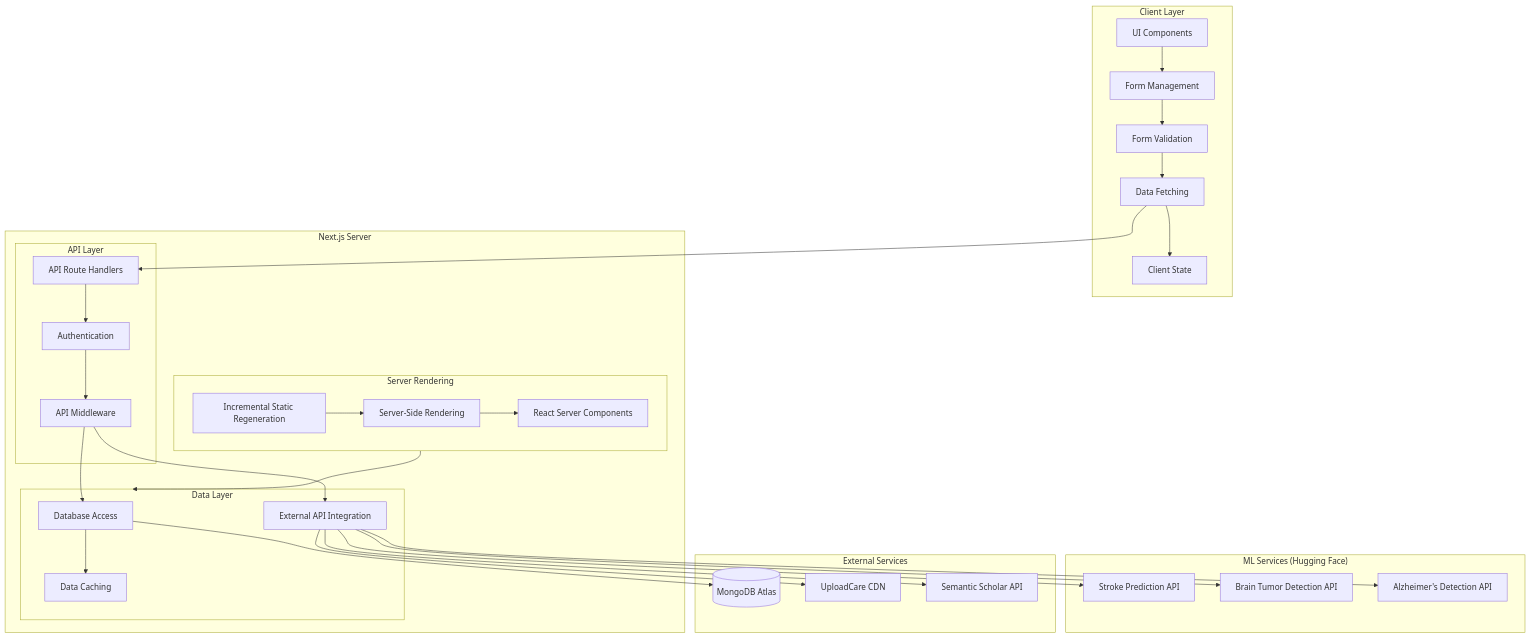
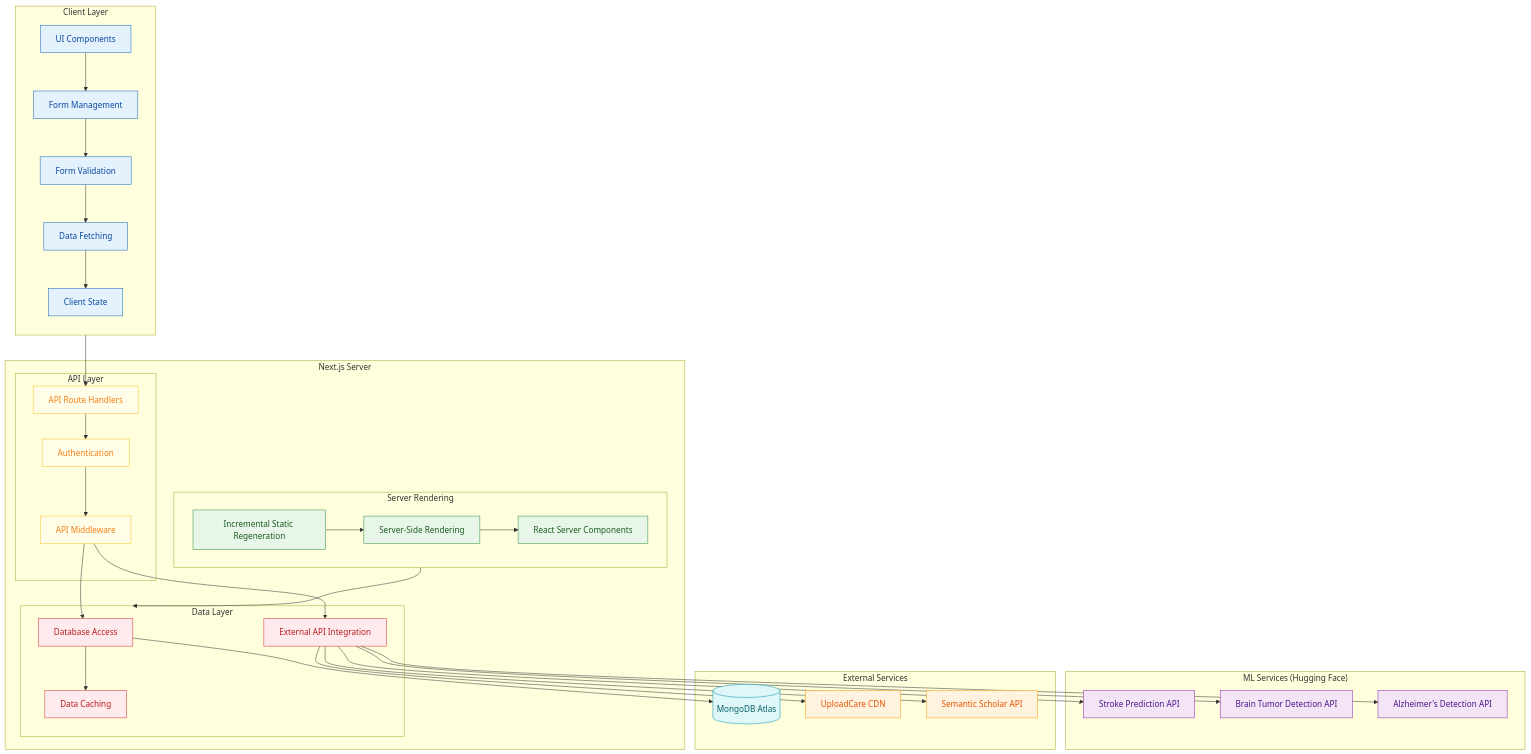
The fourth of 14 diagrams in README.md (AbdullahSaeed1211/temp), drawn with Mermaid before and after one commit. The commit also changed other lines of this file, not shown here.

````diff
--- a/README.md
+++ b/README.md
@@ -1110,67 +1110,76 @@
 ```mermaid
 flowchart TD
     subgraph Client["Client Layer"]
-        UI[UI Components]
-        Form[Form Management]
-        ClientState[Client State]
-        Validation[Form Validation]
-        ClientFetch[Data Fetching]
+        direction TB
+        UI[UI Components]:::clientNode
+        Form[Form Management]:::clientNode
+        ClientState[Client State]:::clientNode
+        Validation[Form Validation]:::clientNode
+        ClientFetch[Data Fetching]:::clientNode
     end
 
     subgraph NextServer["Next.js Server"]
         subgraph ServerRendering["Server Rendering"]
-            SSR[Server-Side Rendering]
-            RSC[React Server Components]
-            ISR[Incremental Static Regeneration]
+            SSR[Server-Side Rendering]:::renderNode
+            RSC[React Server Components]:::renderNode
+            ISR[Incremental Static Regeneration]:::renderNode
         end
         
         subgraph APILayer["API Layer"]
-            APIRoutes[API Route Handlers]
-            Authentication[Authentication]
-            Middleware[API Middleware]
+            APIRoutes[API Route Handlers]:::apiNode
+            Authentication[Authentication]:::apiNode
+            Middleware[API Middleware]:::apiNode
         end
         
         subgraph DataLayer["Data Layer"]
-            DBAccess[Database Access]
-            Caching[Data Caching]
-            ApiIntegration[External API Integration]
+            DBAccess[Database Access]:::dataNode
+            Caching[Data Caching]:::dataNode
+            ApiIntegration[External API Integration]:::dataNode
         end
     end
 
     subgraph MLServices["ML Services (Hugging Face)"]
-        StrokeAPI[Stroke Prediction API]
-        TumorAPI[Brain Tumor Detection API]
-        AlzheimersAPI[Alzheimer's Detection API]
+        StrokeAPI[Stroke Prediction API]:::mlNode
+        TumorAPI[Brain Tumor Detection API]:::mlNode
+        AlzheimersAPI[Alzheimer's Detection API]:::mlNode
     end
 
     subgraph ExternalServices["External Services"]
-        MongoDB[(MongoDB Atlas)]
-        UploadCare[UploadCare CDN]
-        SemanticScholar[Semantic Scholar API]
+        MongoDB[(MongoDB Atlas)]:::databaseNode
+        UploadCare[UploadCare CDN]:::externalNode
+        SemanticScholar[Semantic Scholar API]:::externalNode
     end
 
     UI --> Form
     Form --> Validation
     Validation --> ClientFetch
     ClientFetch --> APIRoutes
     ClientFetch --> ClientState
     
     SSR --> RSC
     ISR --> SSR
     
     APIRoutes --> Authentication
     Authentication --> Middleware
     Middleware --> DBAccess
     Middleware --> ApiIntegration
     
     DBAccess --> MongoDB
     DBAccess --> Caching
     
     ApiIntegration --> StrokeAPI
     ApiIntegration --> TumorAPI
     ApiIntegration --> AlzheimersAPI
     ApiIntegration --> UploadCare
     ApiIntegration --> SemanticScholar
     
     ServerRendering --> DataLayer
+    
+    classDef clientNode fill:#E3F2FD,stroke:#1565C0,color:#0D47A1
+    classDef renderNode fill:#E8F5E9,stroke:#388E3C,color:#1B5E20
+    classDef apiNode fill:#FFFDE7,stroke:#FBC02D,color:#F57F17
+    classDef dataNode fill:#FFEBEE,stroke:#D32F2F,color:#B71C1C
+    classDef mlNode fill:#F3E5F5,stroke:#8E24AA,color:#4A148C
+    classDef externalNode fill:#FFF3E0,stroke:#FF9800,color:#E65100
+    classDef databaseNode fill:#E0F7FA,stroke:#0097A7,color:#006064
 ```
````
